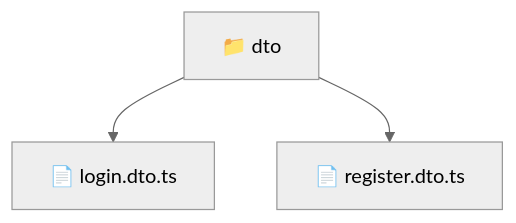
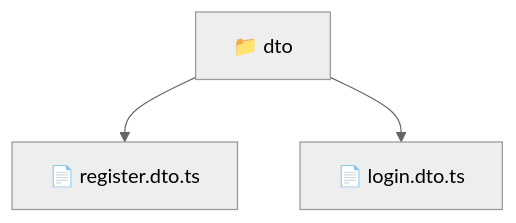
The diagram in backend/src/modules/auth/dto/README.md (beginwebdev2002/fullstack-mavluda), drawn with Mermaid (neutral theme) before and after one commit. The commit also changed other lines of this file and 164 other files, not shown here.

First line of the commit message:
docs: generate robust autonomous architectural documentation

````diff
--- a/backend/src/modules/auth/dto/README.md
+++ b/backend/src/modules/auth/dto/README.md
@@ -9,6 +11,6 @@
 ```mermaid
 graph TD
-  Root["📁 dto"]
-  Root --> login_dto_ts["📄 login.dto.ts"]
-  Root --> register_dto_ts["📄 register.dto.ts"]
+    f_dto["📁 dto"]
+    f_dto --> f_register_dto_ts["📄 register.dto.ts"]
+    f_dto --> f_login_dto_ts["📄 login.dto.ts"]
 ```
````
